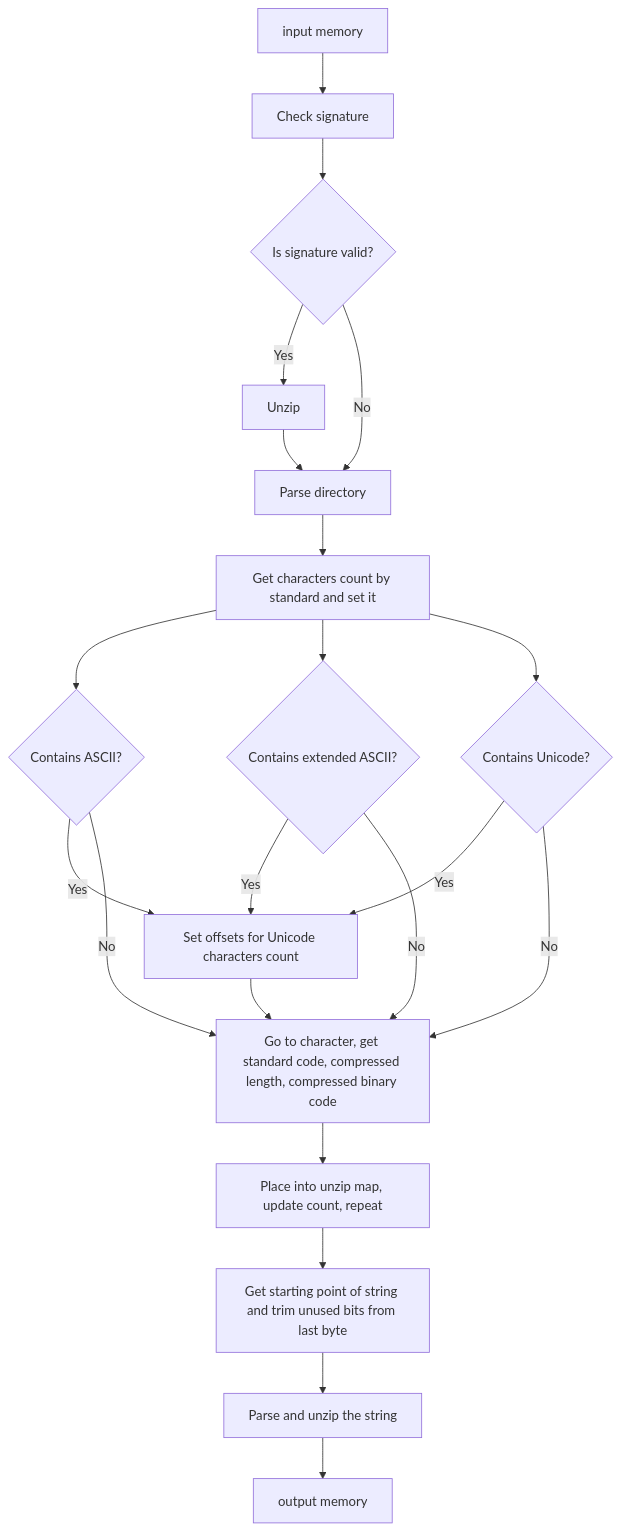
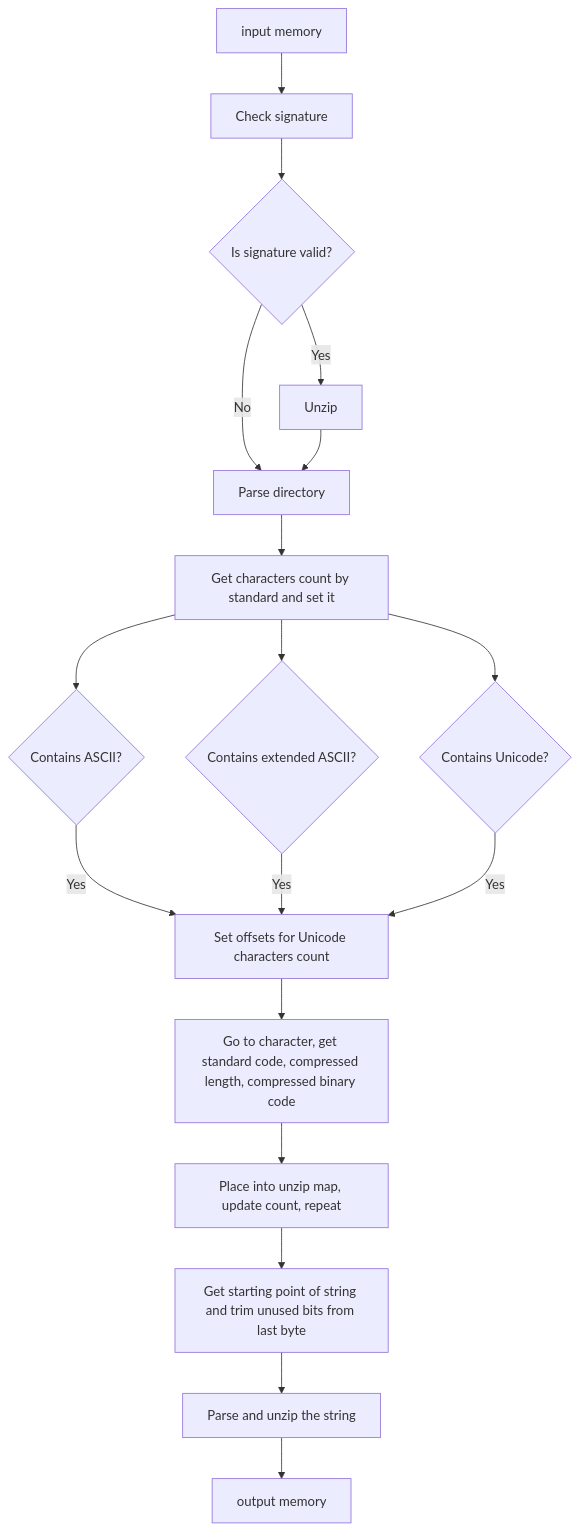
One commit to dothedada/filemakerrrr changed the second of 4 diagrams in README.md. Above: the diagram before and after it, drawn with Mermaid.

Commit message:
Ajuste mermaid

````diff
--- a/README.md
+++ b/README.md
@@ -149,28 +149,25 @@
 ```mermaid
 flowchart TD
     A[input memory] --> B[Check signature]
     B --> C{Is signature valid?}
     C -- Yes --> D[Unzip]
     C -- No --> E[Return]
 
     D --> E[Parse directory]
     E --> F[Get characters count by standard and set it]
 
     F --> G{Contains ASCII?}
     G -- Yes --> O[Set offsets for ASCII characters count]
-    G -- No --> P[Continue]
 
     F --> H{Contains extended ASCII?}
     H -- Yes --> O[Set offsets for extended ASCII characters count]
-    H -- No --> P[Continue]
 
     F --> I{Contains Unicode?}
     I -- Yes --> O[Set offsets for Unicode characters count]
-    I -- No --> P[Continue]
 
     O --> P[Go to character, get standard code, compressed length, compressed binary code]
     P --> Q[Place into unzip map, update count, repeat]
     Q --> R[Get starting point of string and trim unused bits from last byte]
     R --> S[Parse and unzip the string]
     S --> T[output memory]
 ```
````
